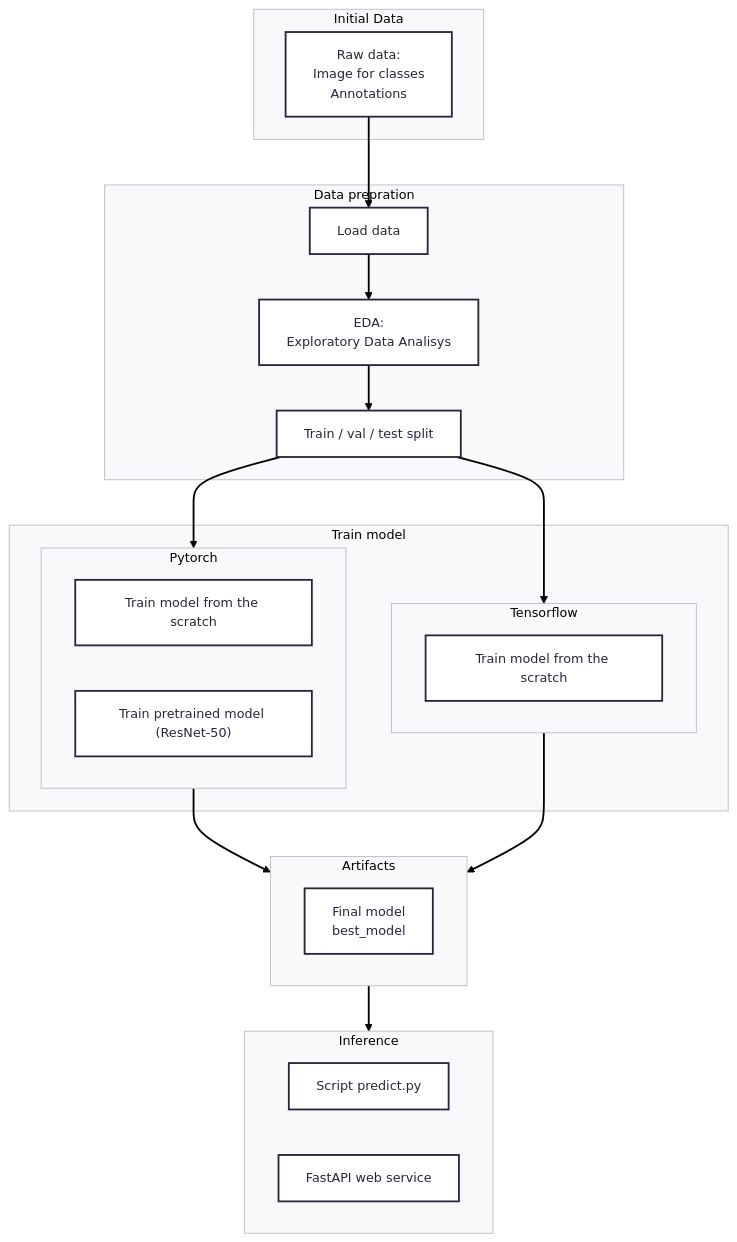
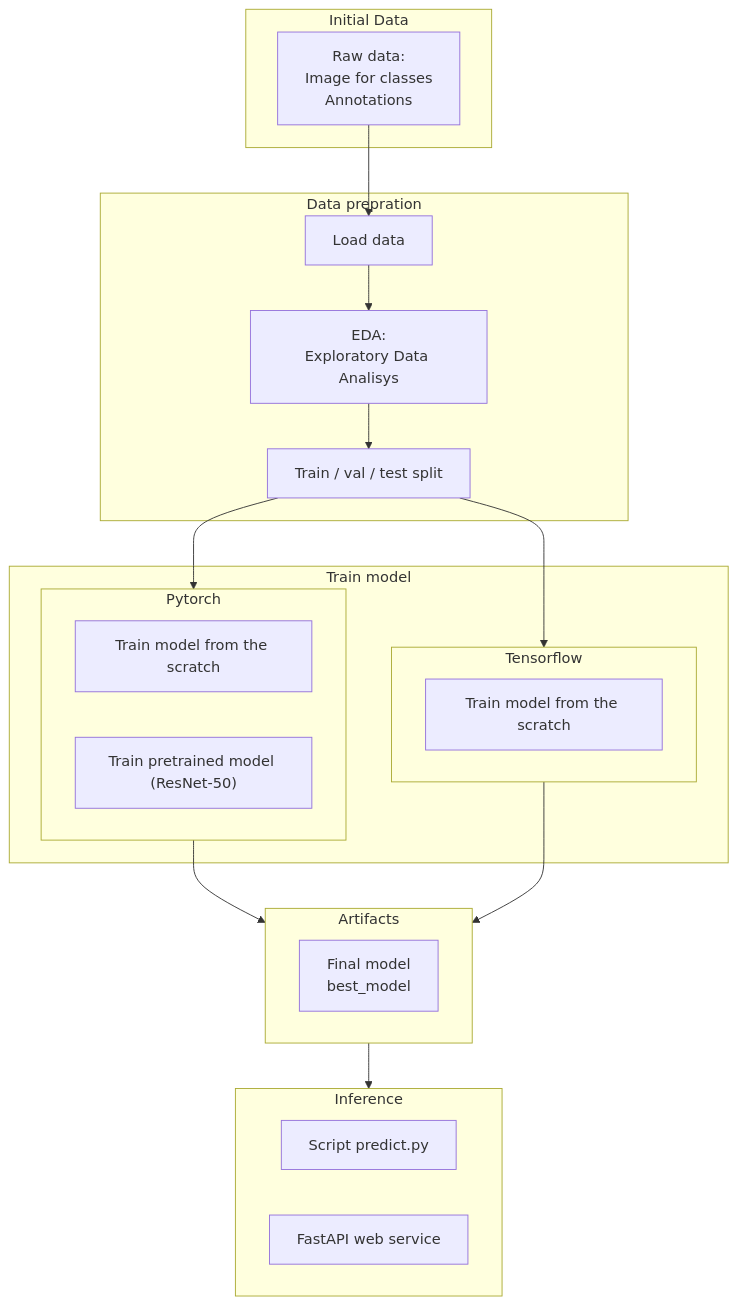
One commit to vsokoltsov/bin_it_right changed the diagram in README.md. Above: the diagram before and after it, drawn with Mermaid. The commit also changed other lines of this file, not shown here.

Commit message:
Add EDA section in README.md

````diff
--- a/README.md
+++ b/README.md
@@ -30,49 +30,45 @@
 ```mermaid
----
-config:
-      theme: redux
----
 flowchart TB
     %% Sources
     subgraph Data["Initial Data"]
         RAW["Raw data: </br>Image for classes </br> Annotations"]
     end
     
     %% Prepare
     subgraph Prep["Data prepration"]
         ETL["Load data"]
         EDA["EDA:</br>Exploratory Data Analisys"]
         SPLIT["Train / val / test split"]
     end
 
     %% Train model
     subgraph Train["Train model"]
         subgraph Pytorch["Pytorch"]
             NEWPT["Train model from the scratch"]
             PRETRAINEDPT["Train pretrained model (ResNet-50)"]
         end
         subgraph Tensorflow["Tensorflow"]
             NEWTF["Train model from the scratch"]
         end
     end
 
     %% Save artifacts
     subgraph Artifacts["Artifacts"]
         MODEL["Final model<br/>best_model"]
     end
 
     %% Inference
     subgraph Inference["Inference"]
         CLI["Script predict.py"]
         API["FastAPI web service"]
     end
 
     RAW --> ETL --> EDA --> SPLIT
     SPLIT --> Pytorch
     SPLIT --> Tensorflow
 
     Pytorch --> Artifacts
     Tensorflow --> Artifacts
     Artifacts --> Inference
     
 ```
````
